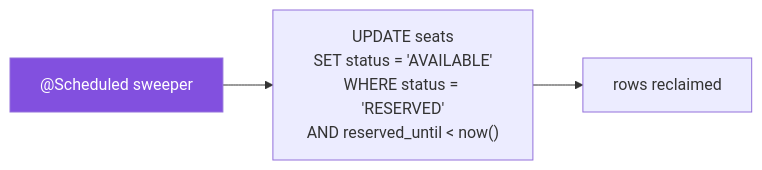
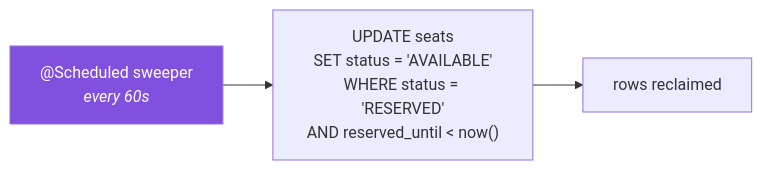
One commit to pranshu-2853/ticket-booking-system changed the fifth of 8 diagrams in README.md. Above: the diagram before and after it, drawn with Mermaid. The commit also changed other lines of this file, not shown here.

````diff
--- a/README.md
+++ b/README.md
@@ -271,7 +271,7 @@
 ```mermaid
 flowchart LR
-    S["@Scheduled sweeper"] --> Q["UPDATE seats<br/>SET status = 'AVAILABLE'<br/>WHERE status = 'RESERVED'<br/>AND reserved_until &lt; now()"]
+    S["@Scheduled sweeper<br/><i>every 60s</i>"] --> Q["UPDATE seats<br/>SET status = 'AVAILABLE'<br/>WHERE status = 'RESERVED'<br/>AND reserved_until &lt; now()"]
     Q --> R["rows reclaimed"]
 
     style S fill:#8250df,color:#fff
 ```
````
